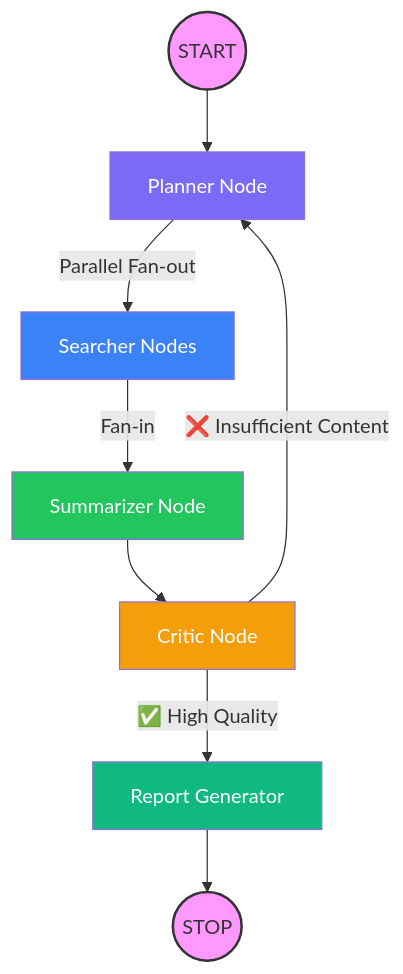
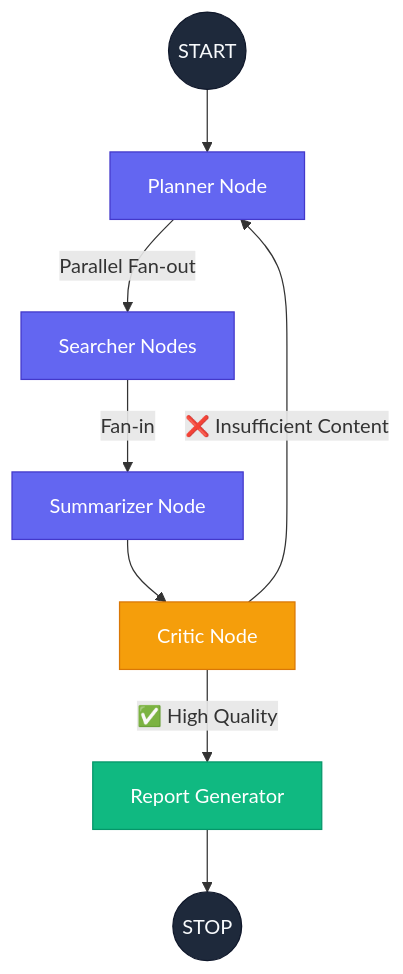
One commit to Harsha430/graph-research changed the diagram in README.md. Above: the diagram before and after it, drawn with Mermaid. The commit also changed 2 other files, not shown here.

Commit message:
feat: refine README visualization colors and add high-fidelity system showcase image

````diff
--- a/README.md
+++ b/README.md
@@ -33,23 +33,26 @@
 ```mermaid
 graph TD
     %% Define Nodes
     Start((START)) --> Planner[Planner Node]
     Planner -->|Parallel Fan-out| Searcher[Searcher Nodes]
     Searcher -->|Fan-in| Summarizer[Summarizer Node]
     Summarizer --> Critic[Critic Node]
     
     %% Conditional Logic
     Critic -->|❌ Insufficient Content| Planner
     Critic -->|✅ High Quality| Reporter[Report Generator]
     
     Reporter --> End((STOP))
 
-    %% Styling
-    style Start fill:#f9f,stroke:#333,stroke-width:2px
-    style End fill:#f9f,stroke:#333,stroke-width:2px
-    style Planner fill:#7c6af7,color:#fff
-    style Searcher fill:#3b82f6,color:#fff
-    style Summarizer fill:#22c55e,color:#fff
-    style Critic fill:#f59e0b,color:#fff
-    style Reporter fill:#10b981,color:#fff
+    %% Professional Styling (Muted Slate/Indigo Palette)
+    classDef default fill:#f8fafc,stroke:#334155,stroke-width:1px,color:#1e293b;
+    classDef startStop fill:#1e293b,stroke:#0f172a,color:#f8fafc;
+    classDef process fill:#6366f1,stroke:#4338ca,color:#ffffff;
+    classDef highlight fill:#10b981,stroke:#059669,color:#ffffff;
+    classDef warning fill:#f59e0b,stroke:#d97706,color:#ffffff;
+
+    class Start,End startStop;
+    class Planner,Searcher,Summarizer process;
+    class Critic warning;
+    class Reporter highlight;
 ```
````
